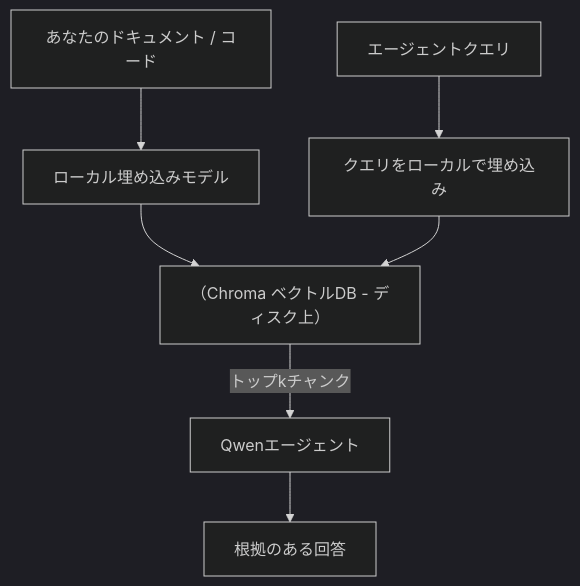
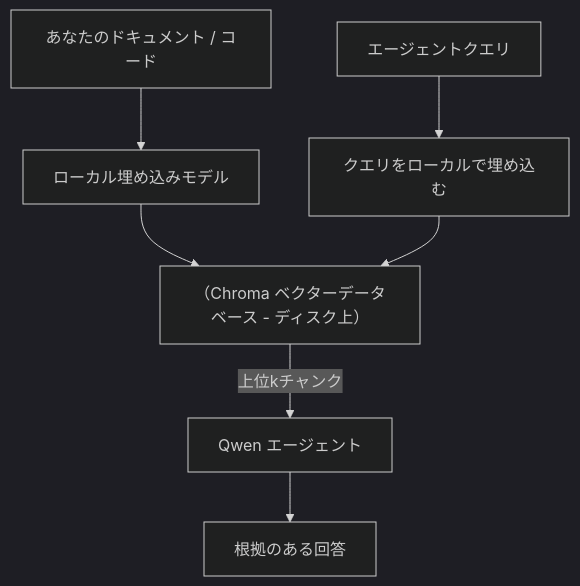
The third of 4 diagrams in mirrors/repos/microsoft@ai-agents-for-beginners/translations/ja/17-creating-local-ai-agents/README.md (gabrielmoreira/agent-skills-mirror), drawn with Mermaid (dark theme) before and after one commit. The commit also changed other lines of this file and 4262 other files, not shown here.

````diff
--- a/mirrors/repos/microsoft@ai-agents-for-beginners/translations/ja/17-creating-local-ai-agents/README.md
+++ b/mirrors/repos/microsoft@ai-agents-for-beginners/translations/ja/17-creating-local-ai-agents/README.md
@@ -125,9 +125,9 @@
 ```mermaid
 flowchart TB
     D[あなたのドキュメント / コード] --> E[ローカル埋め込みモデル]
-    E --> V[（Chroma ベクトルDB - ディスク上）]
-    Q[エージェントクエリ] --> QE[クエリをローカルで埋め込み]
+    E --> V[（Chroma ベクターデータベース - ディスク上）]
+    Q[エージェントクエリ] --> QE[クエリをローカルで埋め込む]
     QE --> V
-    V -->|トップkチャンク| A[Qwenエージェント]
+    V -->|上位kチャンク| A[Qwen エージェント]
     A --> Ans[根拠のある回答]
 ```
````
